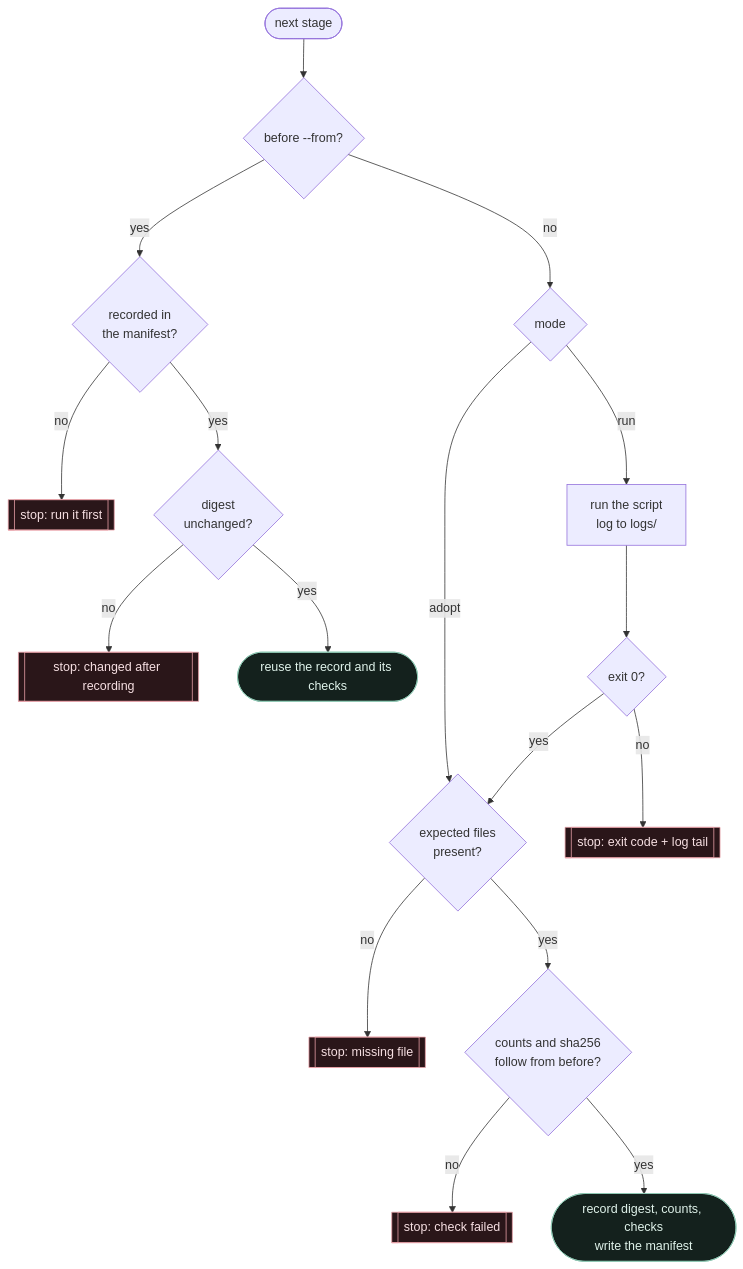
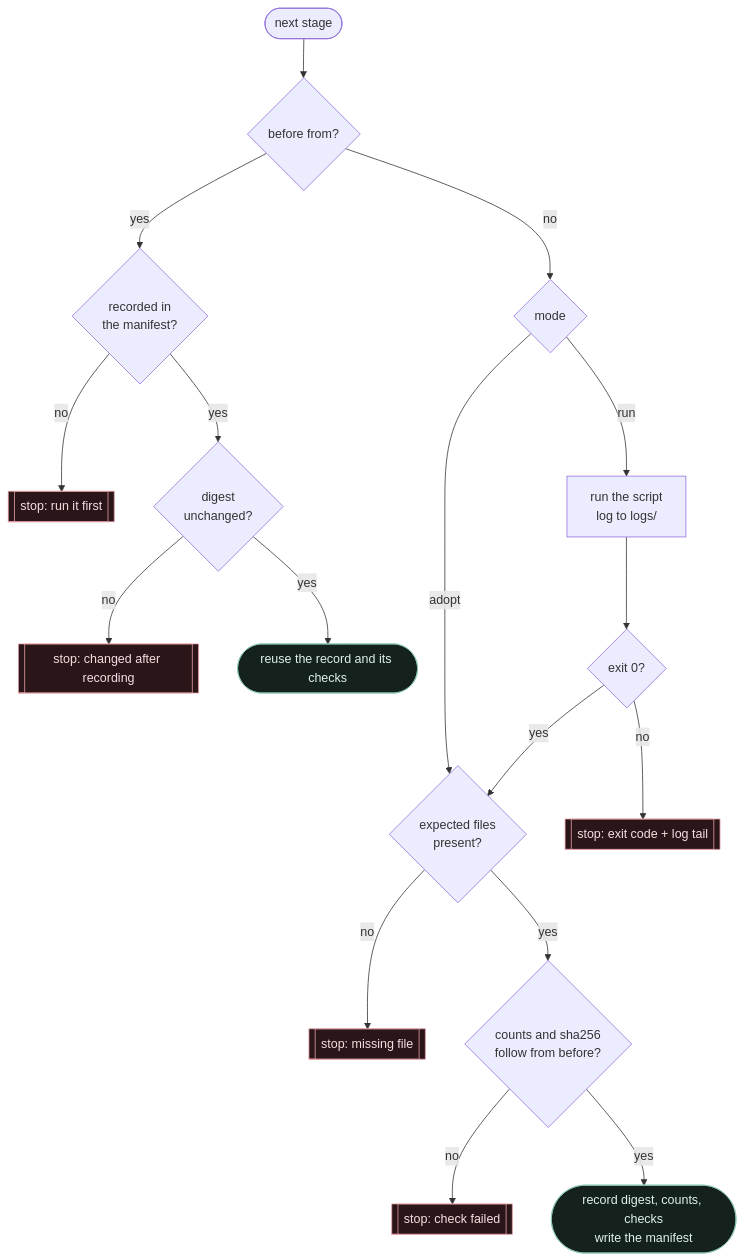
The second of 2 diagrams in teams/01-data-a/pipeline/README.md (patilvijay23/era-v5-lab), drawn with Mermaid before and after one commit. The commit also changed other lines of this file and 7 other files, not shown here.

````diff
--- a/teams/01-data-a/pipeline/README.md
+++ b/teams/01-data-a/pipeline/README.md
@@ -242,21 +271,21 @@
 ```mermaid
 flowchart TD
-  s([next stage]) --> before{"before --from?"}
+  s([next stage]) --> before{"before from?"}
   before -- yes --> rec{"recorded in<br/>the manifest?"}
   rec -- no --> stop1[["stop: run it first"]]:::bad
   rec -- yes --> dig{"digest<br/>unchanged?"}
   dig -- no --> stop2[["stop: changed after recording"]]:::bad
   dig -- yes --> reuse([reuse the record and its checks]):::good
   before -- no --> mode{"mode"}
   mode -- adopt --> files{"expected files<br/>present?"}
   mode -- run --> exec["run the script<br/>log to logs/"] --> rc{"exit 0?"}
   rc -- no --> stop3[["stop: exit code + log tail"]]:::bad
   rc -- yes --> files
   files -- no --> stop4[["stop: missing file"]]:::bad
   files -- yes --> chk{"counts and sha256<br/>follow from before?"}
   chk -- no --> stop5[["stop: check failed"]]:::bad
   chk -- yes --> write([record digest, counts, checks<br/>write the manifest]):::good
 
   classDef bad fill:#2a1619,stroke:#e8a0a8,color:#f6dfe2
   classDef good fill:#14211d,stroke:#8fc9b5,color:#dff2ea
 ```
````
